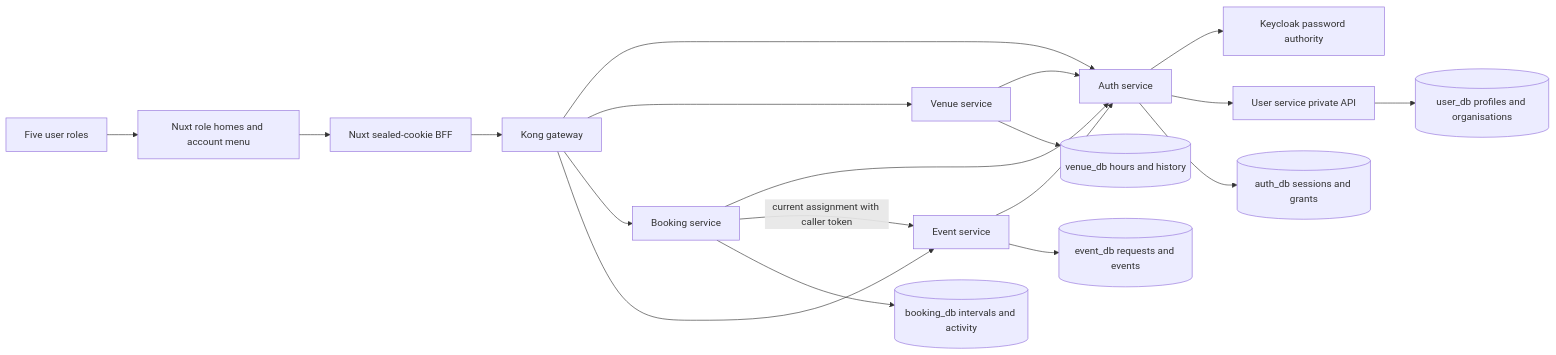
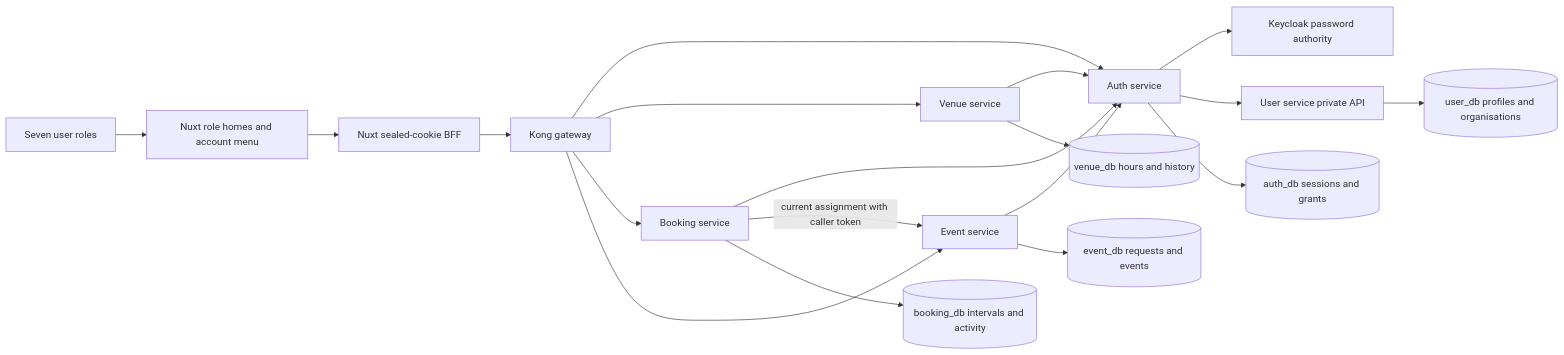
One commit to aryan12singh/connectsphere changed the first of 7 diagrams in docs/connectsphere-architecture.md. Above: the diagram before and after it, drawn with Mermaid. The commit also changed 128 other files, not shown here.

````diff
--- a/docs/connectsphere-architecture.md
+++ b/docs/connectsphere-architecture.md
@@ -9,21 +9,21 @@
 ```mermaid
 flowchart LR
-  Roles[Five user roles] --> UI[Nuxt role homes and account menu]
+  Roles[Seven user roles] --> UI[Nuxt role homes and account menu]
   UI --> BFF[Nuxt sealed-cookie BFF]
   BFF --> Kong[Kong gateway]
   Kong --> Auth[Auth service]
   Auth --> KC[Keycloak password authority]
   Auth --> User[User service private API]
   Auth --> AuthDB[(auth_db sessions and grants)]
   User --> UserDB[(user_db profiles and organisations)]
   Kong --> Venue[Venue service]
   Kong --> Booking[Booking service]
   Kong --> Event[Event service]
   Venue --> Auth
   Booking --> Auth
   Booking -->|current assignment with caller token| Event
   Event --> Auth
   Venue --> VenueDB[(venue_db hours and history)]
   Booking --> BookingDB[(booking_db intervals and activity)]
   Event --> EventDB[(event_db requests and events)]
 ```
````
